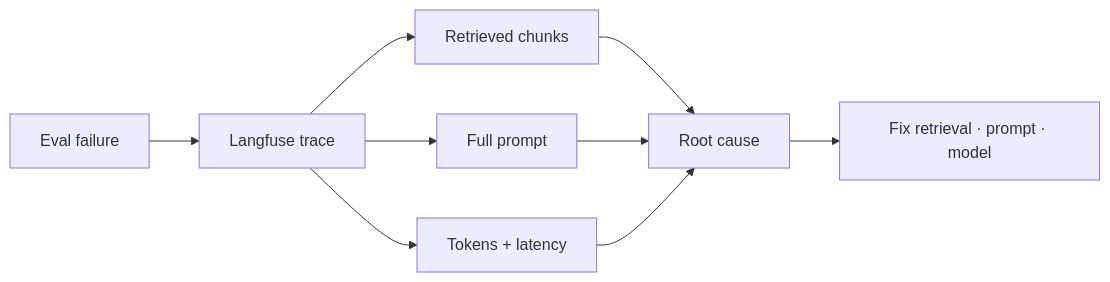
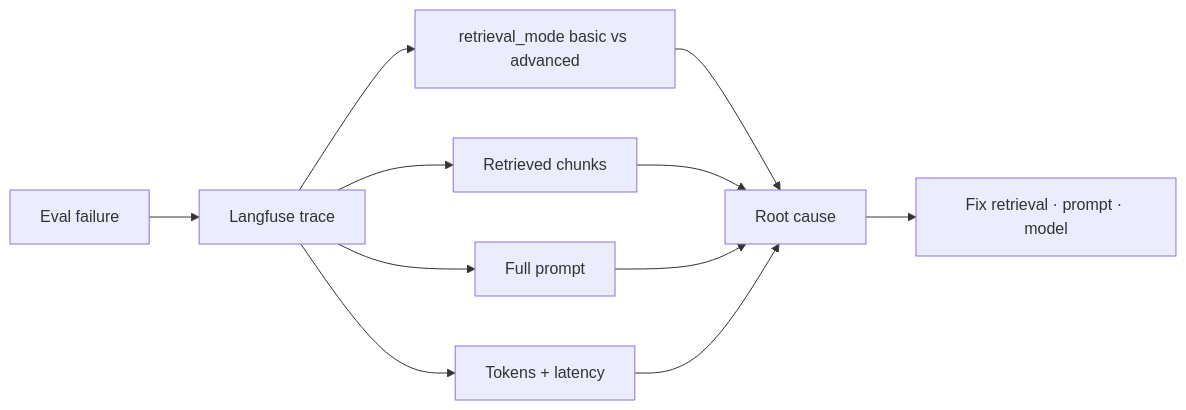
Before and after one commit to hemantjanrao/ai-compliance-qa-lab: the third of 3 diagrams in docs/EVAL_STRATEGY.md, drawn with Mermaid. The commit also changed other lines of this file and 10 other files, not shown here.

````diff
--- a/docs/EVAL_STRATEGY.md
+++ b/docs/EVAL_STRATEGY.md
@@ -99,11 +99,13 @@
 ```mermaid
 flowchart LR
   Eval[Eval failure] --> Trace[Langfuse trace]
+  Trace --> Mode[retrieval_mode basic vs advanced]
   Trace --> Ret[Retrieved chunks]
   Trace --> Prompt[Full prompt]
   Trace --> Perf[Tokens + latency]
-  Ret --> RCA[Root cause]
+  Mode --> RCA[Root cause]
+  Ret --> RCA
   Prompt --> RCA
   Perf --> RCA
   RCA --> Fix[Fix retrieval · prompt · model]
 ```
````
